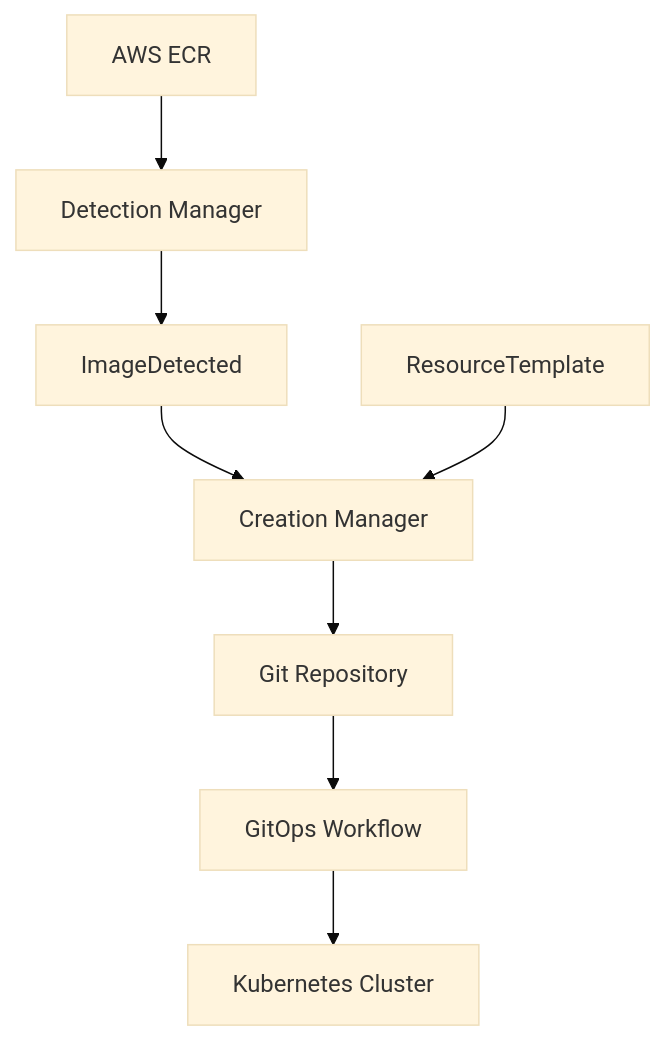
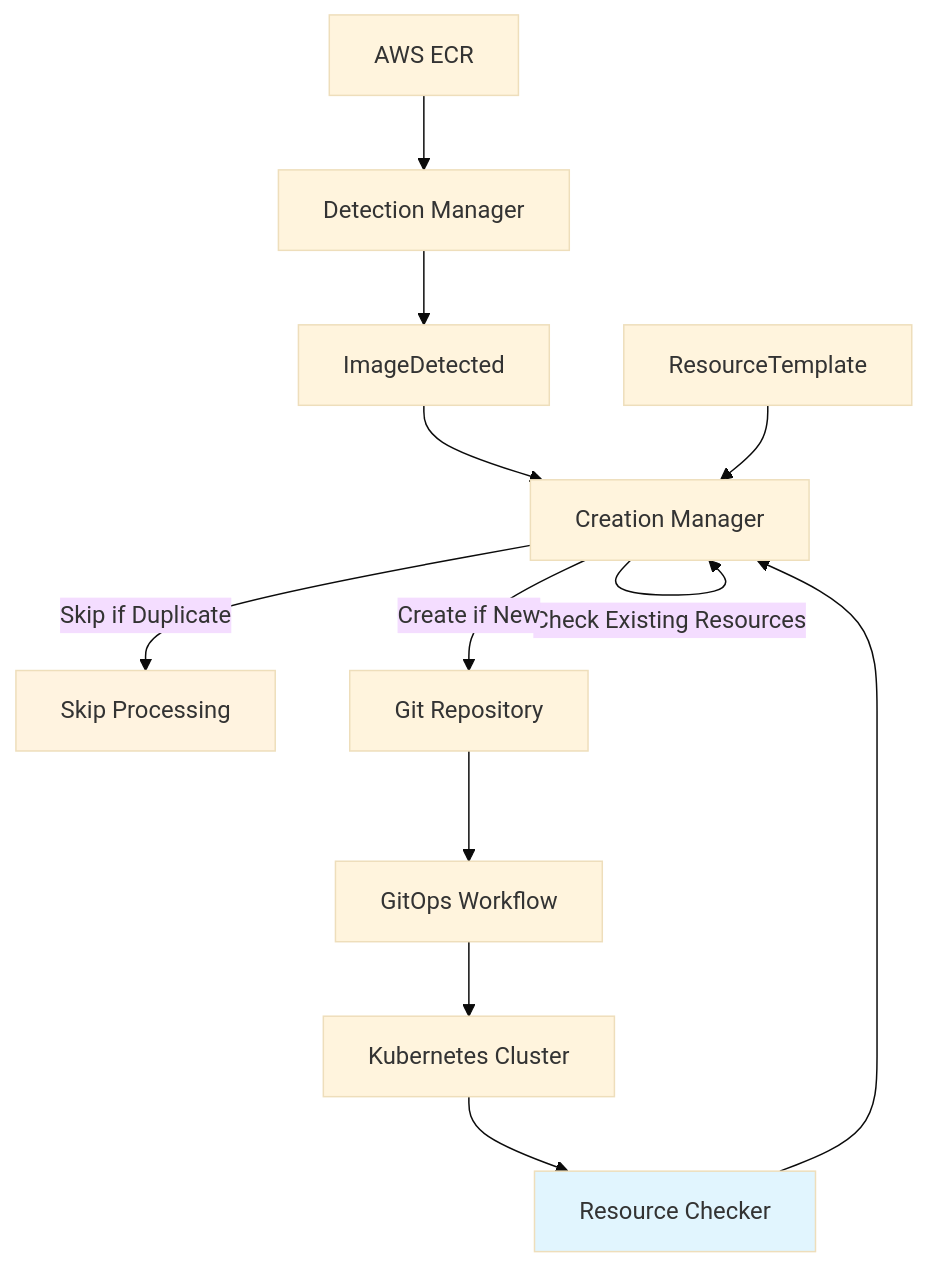
Before and after one commit to S-mishina/image-resource-controller: the diagram in README.md, drawn with Mermaid (base theme). The commit also changed other lines of this file, not shown here.

Commit message:
feat: Enhance duplicate detection and resource checking in Creation Manager, adding cache-based performance optimization and detailed workflow documentation

````diff
--- a/README.md
+++ b/README.md
@@ -14,10 +14,17 @@
 ```mermaid
 graph TB
     ECR[AWS ECR] --> DM[Detection Manager]
     DM --> ID[ImageDetected]
     ID --> CM[Creation Manager]
     RT[ResourceTemplate] --> CM
-    CM --> GIT[Git Repository]
+    K8s[Kubernetes Cluster] --> RC[Resource Checker]
+    RC --> CM
+    CM -->|Check Existing Resources| CM
+    CM -->|Skip if Duplicate| SKIP[Skip Processing]
+    CM -->|Create if New| GIT[Git Repository]
     GIT --> GitOps[GitOps Workflow]
-    GitOps --> K8s[Kubernetes Cluster]
+    GitOps --> K8s
+
+    style RC fill:#e1f5fe
+    style SKIP fill:#fff3e0
 ```
````
